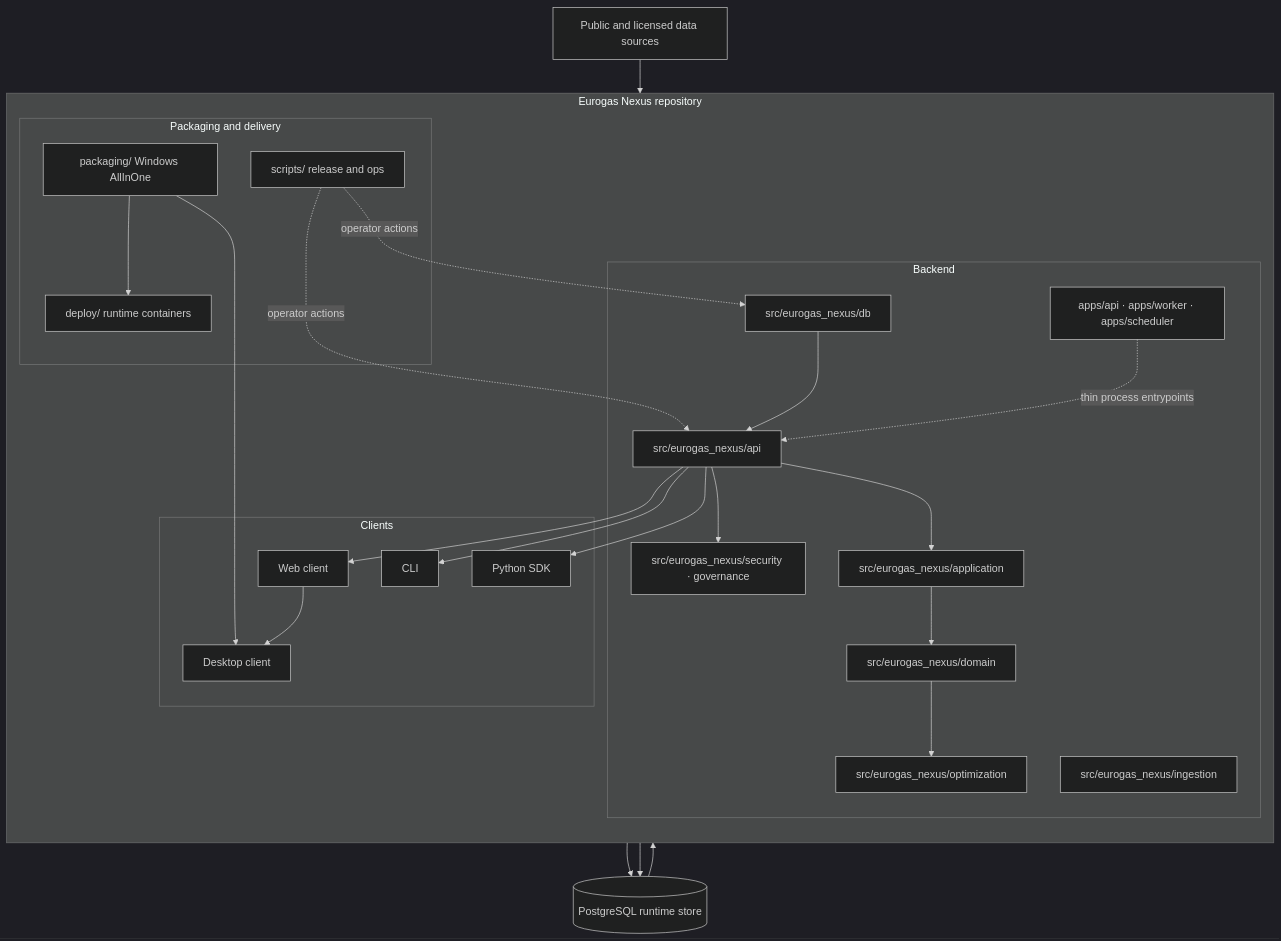
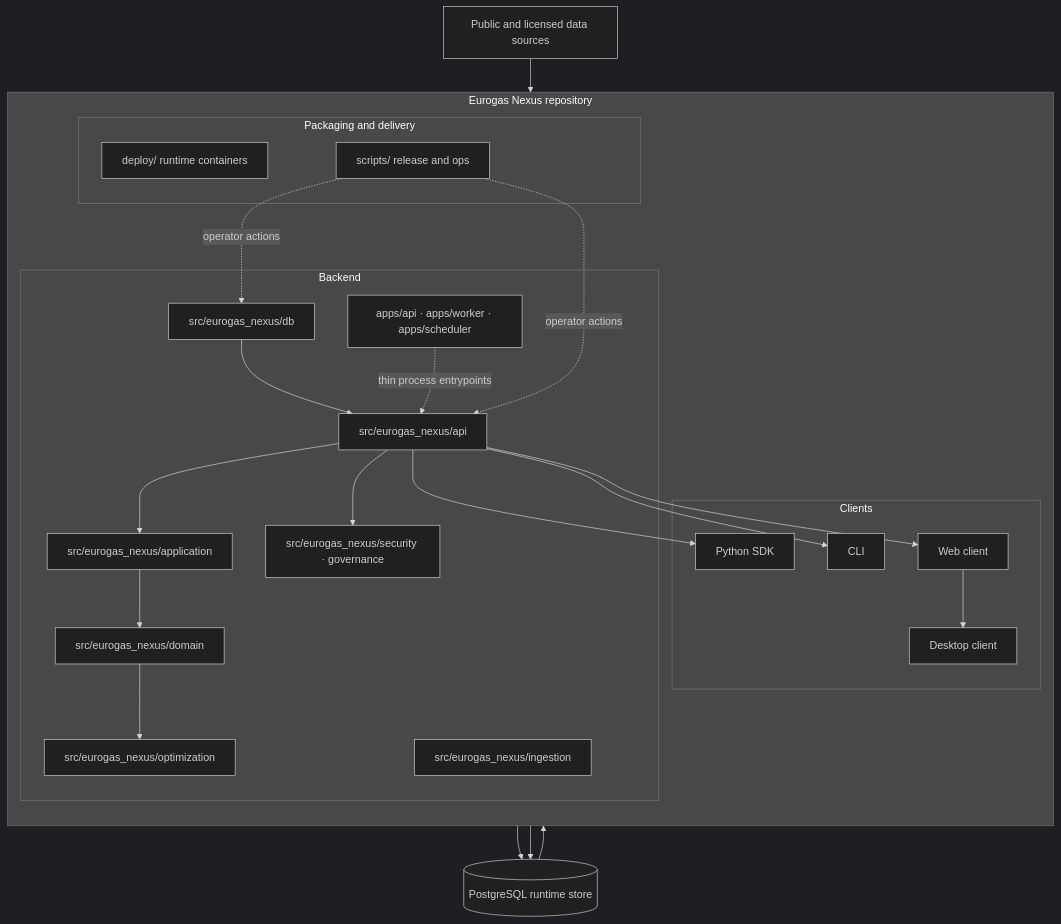
The diagram in README.md (AlexYuhuFeng/EurogasNexus), drawn with Mermaid (dark theme) before and after one commit. The commit also changed other lines of this file and 24 other files, not shown here.

Commit message:
chore: remove AllInOne deployment and packaging

````diff
--- a/README.md
+++ b/README.md
@@ -52,50 +51,47 @@
 ```mermaid
 flowchart TB
     subgraph Repo["Eurogas Nexus repository"]
         direction TB
         subgraph Backend["Backend"]
             Apps["apps/api · apps/worker · apps/scheduler"]
             Ing["src/eurogas_nexus/ingestion"]
             Api["src/eurogas_nexus/api"]
             App["src/eurogas_nexus/application"]
             Domain["src/eurogas_nexus/domain"]
             Db["src/eurogas_nexus/db"]
             Opt["src/eurogas_nexus/optimization"]
             Gov["src/eurogas_nexus/security · governance"]
         end
 
         subgraph Clients["Clients"]
             SDK["Python SDK"]
             CLI["CLI"]
             Web["Web client"]
             Desktop["Desktop client"]
         end
 
         subgraph Delivery["Packaging and delivery"]
             Deploy["deploy/ runtime containers"]
-            Installer["packaging/ Windows AllInOne"]
             Scripts["scripts/ release and ops"]
         end
     end
 
     Sources["Public and licensed data sources"] --> Ing
     Ing --> PG[("PostgreSQL runtime store")]
     PG --> Db
     Db --> Api
     Api --> App
     App --> Domain
     Domain --> Opt
     Api --> Gov
 
     Apps -. "thin process entrypoints" .-> Api
     Api --> SDK
     Api --> CLI
     Api --> Web
     Web --> Desktop
 
     Deploy --> PG
-    Installer --> Desktop
-    Installer --> Deploy
     Scripts -. "operator actions" .-> Db
     Scripts -. "operator actions" .-> Api
 ```
````
